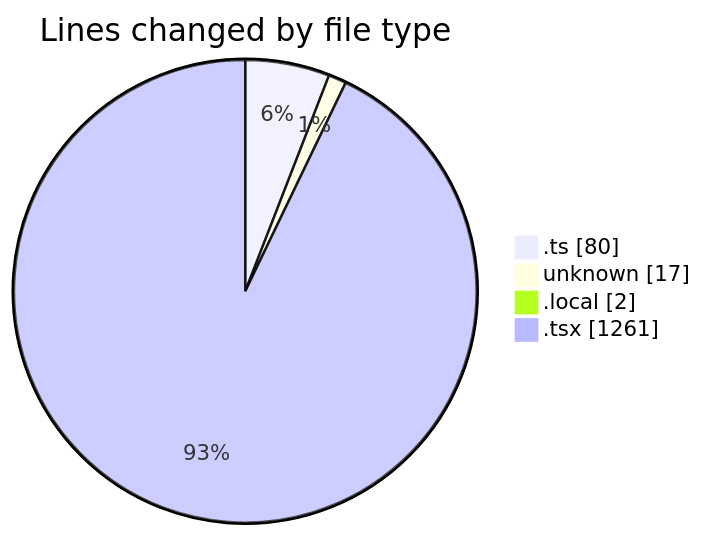
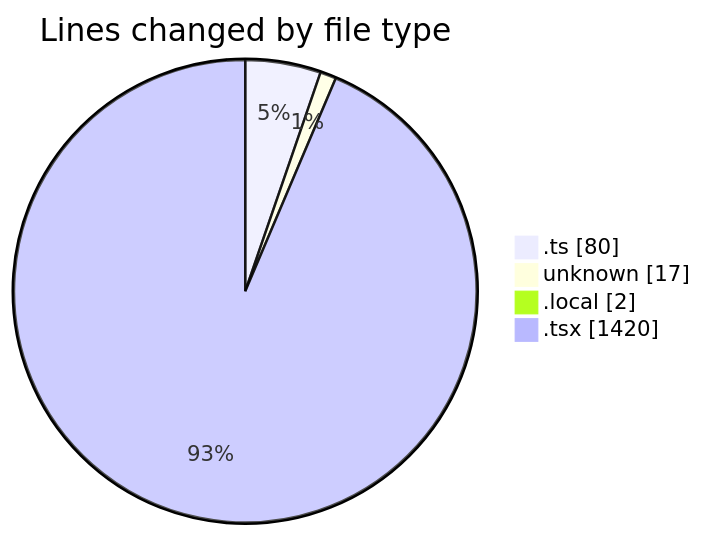
One commit to JenPaints/code-tracking changed the first of 2 diagrams in 2025-06-21/archive/README.md. Above: the diagram before and after it, drawn with Mermaid. The commit also changed other lines of this file and 1 other file, not shown here.

````diff
--- a/2025-06-21/archive/README.md
+++ b/2025-06-21/archive/README.md
@@ -26,8 +27,8 @@
 ```mermaid
 pie showData
 title Lines changed by file type
 ".ts" : 80
 "unknown" : 17
 ".local" : 2
-".tsx" : 1261
+".tsx" : 1420
 ```
````
